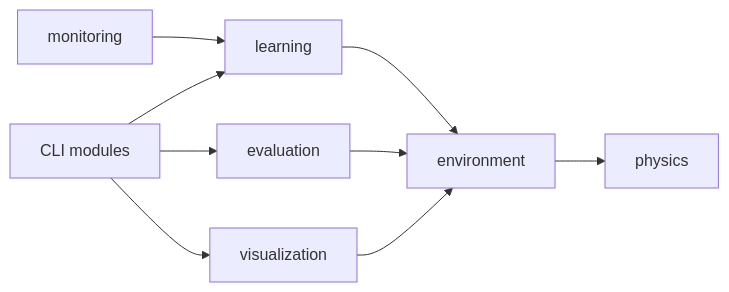
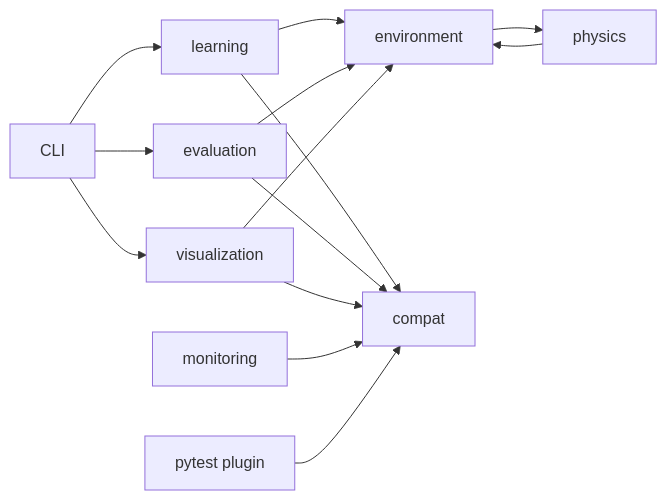
Before and after one commit to qxbao/mma_ai: the diagram in docs/00-survey/mma-ai-cross-platform.md, drawn with Mermaid. The commit also changed other lines of this file and 13 other files, not shown here.

````diff
--- a/docs/00-survey/mma-ai-cross-platform.md
+++ b/docs/00-survey/mma-ai-cross-platform.md
@@ -50,11 +50,16 @@
 ```mermaid
 graph LR
-  CLI[CLI modules] --> Learn[learning]
+  CLI[CLI] --> Learn[learning]
   CLI --> Eval[evaluation]
   CLI --> Vis[visualization]
   Learn --> Env[environment]
   Eval --> Env
   Vis --> Env
-  Env --> Physics[physics]
-  Monitor[monitoring] --> Learn
+  Env --> Phys[physics]
+  Phys --> Env
+  Learn --> Compat[compat]
+  Eval --> Compat
+  Vis --> Compat
+  Monitor[monitoring] --> Compat
+  Gate[pytest plugin] --> Compat
 ```
````
